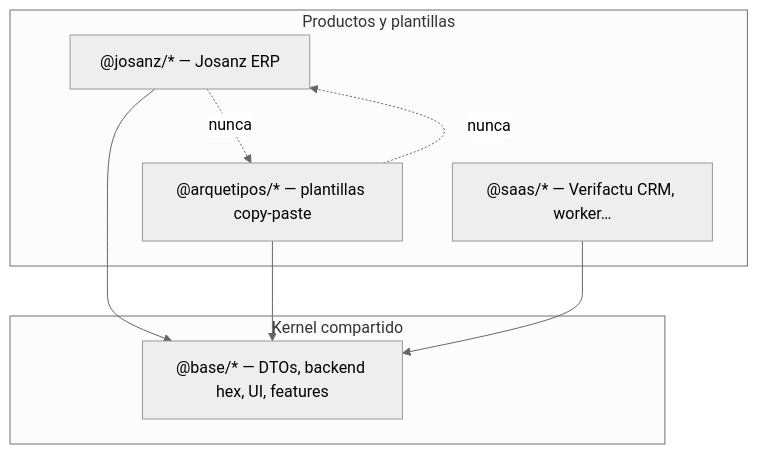
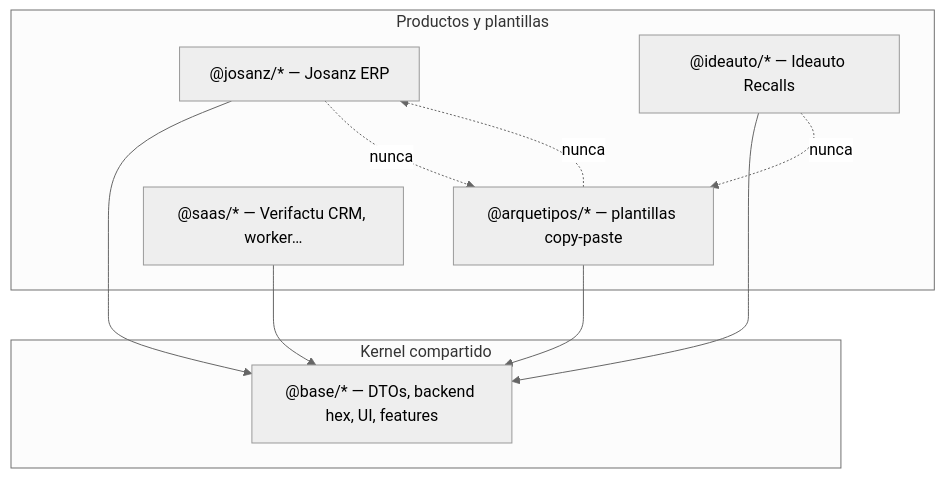
The second of 4 diagrams in architecture/overview.md (angelnietos/babooni-docs), drawn with Mermaid (neutral theme) before and after one commit. The commit also changed other lines of this file and 381 other files, not shown here.

````diff
--- a/architecture/overview.md
+++ b/architecture/overview.md
@@ -86,18 +86,21 @@
 ```mermaid
 flowchart TB
   subgraph products ["Productos y plantillas"]
     JOS["@josanz/* — Josanz ERP"]
+    IDE["@ideauto/* — Ideauto Recalls"]
     ARQ["@arquetipos/* — plantillas copy-paste"]
     SAAS["@saas/* — Verifactu CRM, worker…"]
   end
 
   subgraph kernel ["Kernel compartido"]
     BASE["@base/* — DTOs, backend hex, UI, features"]
   end
 
   JOS --> BASE
+  IDE --> BASE
   ARQ --> BASE
   SAAS --> BASE
   JOS -.->|"nunca"| ARQ
+  IDE -.->|"nunca"| ARQ
   ARQ -.->|"nunca"| JOS
 ```
````
